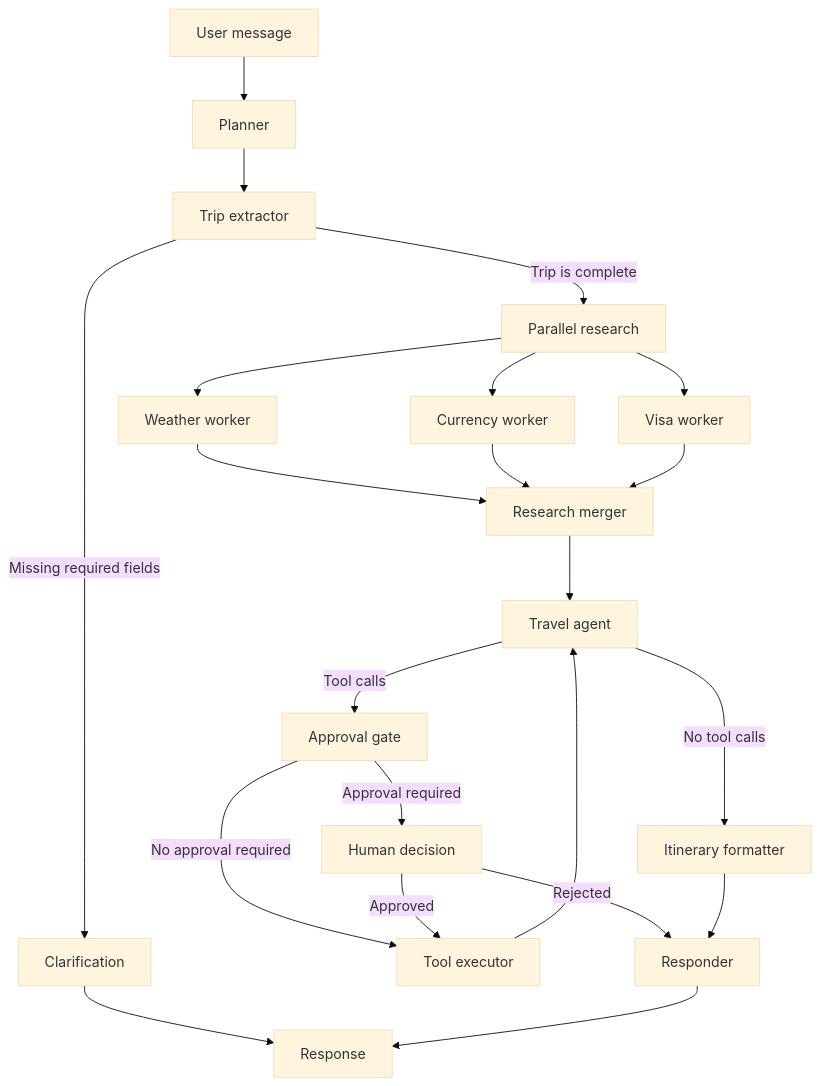
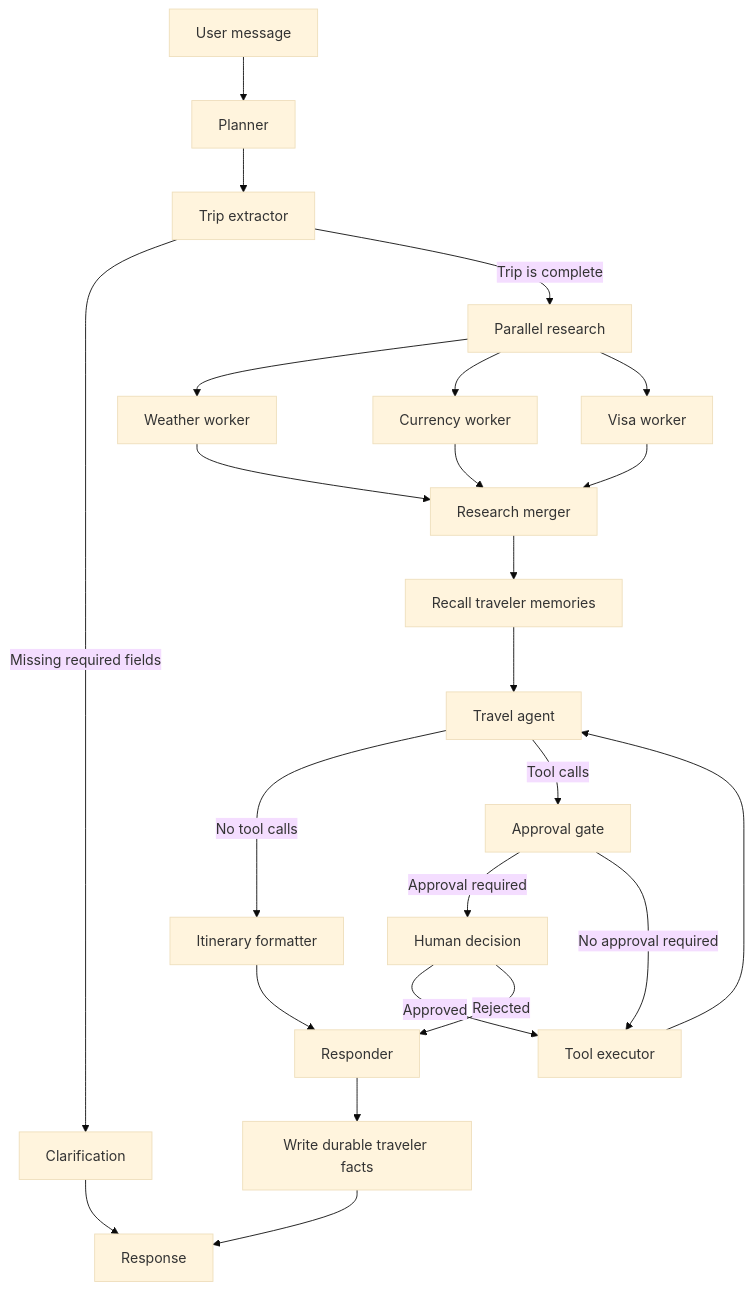
One commit to NaimurRahmannn/TravelAI-Agent-v2-LangGraph changed the diagram in README.md. Above: the diagram before and after it, drawn with Mermaid (base theme). The commit also changed other lines of this file and 16 other files, not shown here.

````diff
--- a/README.md
+++ b/README.md
@@ -40,24 +41,26 @@
 ```mermaid
 flowchart TD
     A[User message] --> B[Planner]
     B --> C[Trip extractor]
     C -->|Missing required fields| D[Clarification]
     C -->|Trip is complete| E[Parallel research]
     E --> E1[Weather worker]
     E --> E2[Currency worker]
     E --> E3[Visa worker]
     E1 --> F[Research merger]
     E2 --> F
     E3 --> F
-    F --> G[Travel agent]
+    F --> N[Recall traveler memories]
+    N --> G[Travel agent]
     G -->|No tool calls| H[Itinerary formatter]
     G -->|Tool calls| I[Approval gate]
     I -->|Approval required| J[Human decision]
     I -->|No approval required| K[Tool executor]
     J -->|Approved| K
     J -->|Rejected| L[Responder]
     K --> G
     H --> L
     D --> M[Response]
-    L --> M
+    L --> O[Write durable traveler facts]
+    O --> M
 ```
````
